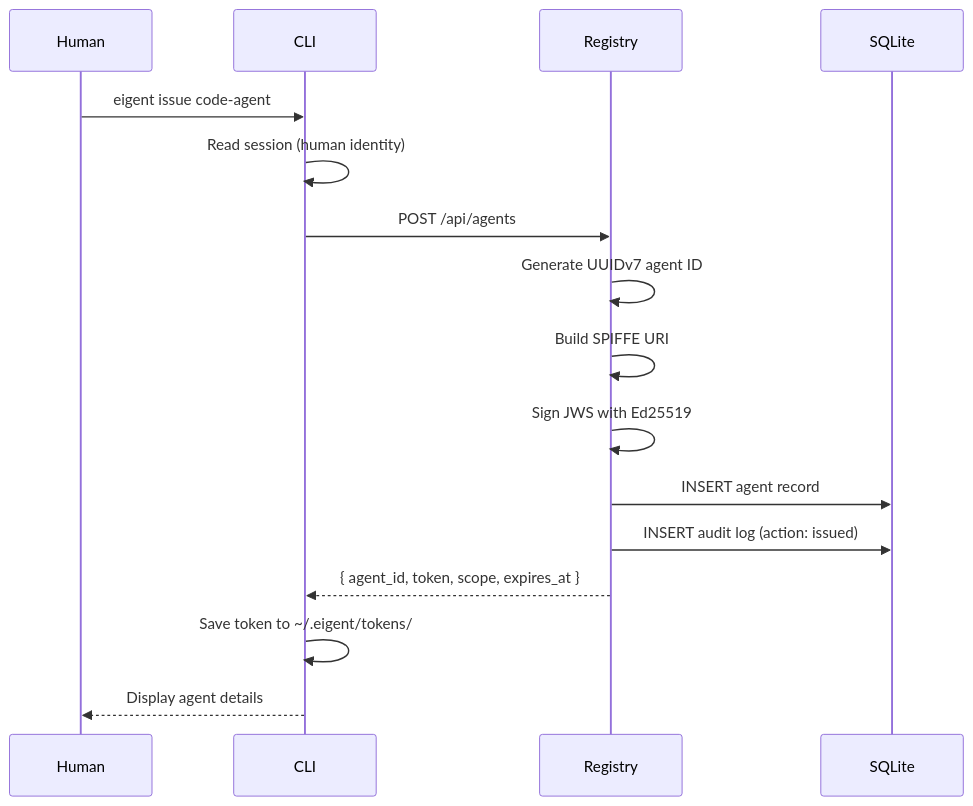
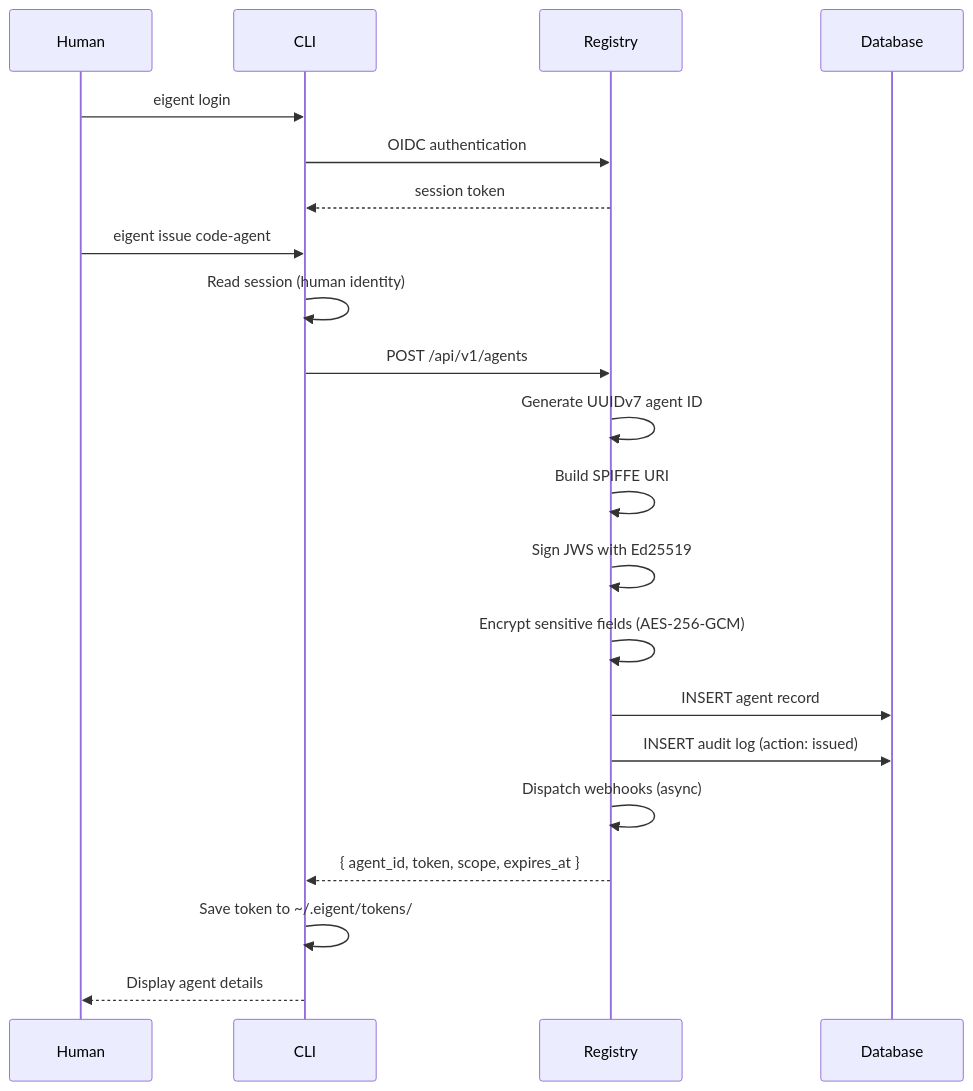
The third of 6 diagrams in mkdocs-docs/architecture/system-design.md (saichandrasekhar/Eigent), drawn with Mermaid before and after one commit. The commit also changed other lines of this file and 13 other files, not shown here.

````diff
--- a/mkdocs-docs/architecture/system-design.md
+++ b/mkdocs-docs/architecture/system-design.md
@@ -201,19 +293,25 @@
 ```mermaid
 sequenceDiagram
     participant H as Human
     participant CLI as CLI
     participant R as Registry
-    participant DB as SQLite
+    participant DB as Database
+
+    H->>CLI: eigent login
+    CLI->>R: OIDC authentication
+    R-->>CLI: session token
 
     H->>CLI: eigent issue code-agent
     CLI->>CLI: Read session (human identity)
-    CLI->>R: POST /api/agents
+    CLI->>R: POST /api/v1/agents
     R->>R: Generate UUIDv7 agent ID
     R->>R: Build SPIFFE URI
     R->>R: Sign JWS with Ed25519
+    R->>R: Encrypt sensitive fields (AES-256-GCM)
     R->>DB: INSERT agent record
     R->>DB: INSERT audit log (action: issued)
+    R->>R: Dispatch webhooks (async)
     R-->>CLI: { agent_id, token, scope, expires_at }
     CLI->>CLI: Save token to ~/.eigent/tokens/
     CLI-->>H: Display agent details
 ```
````
